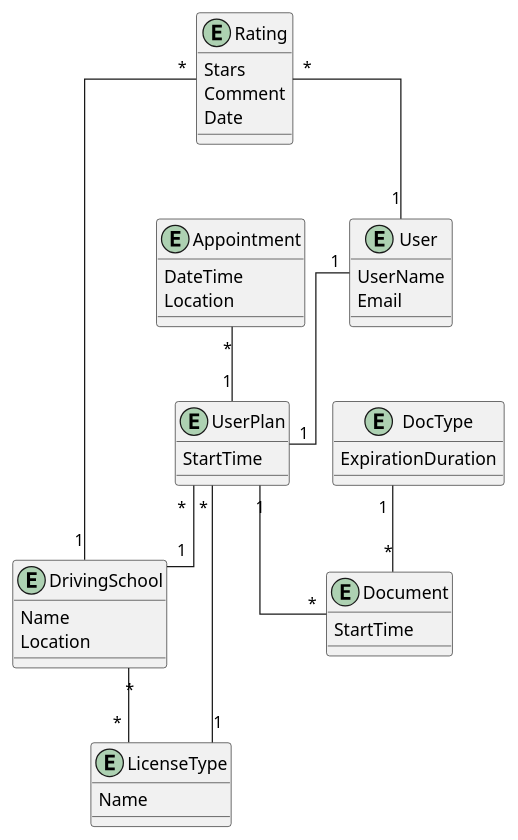
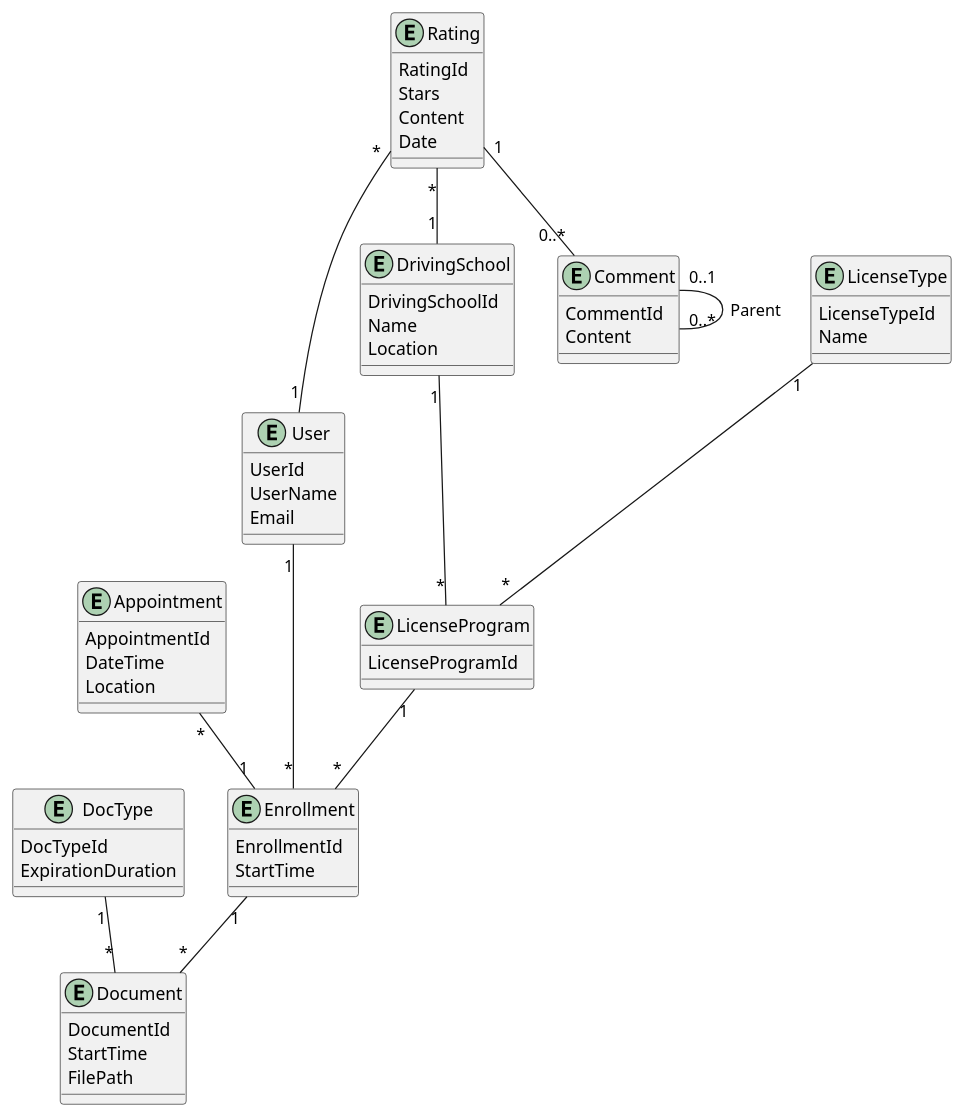
The diagram in asciidocs/docs/db-structure.adoc (2526-wmc-3bhif-classroom-org/sommerprojekt-wmc-summer-project-brunner-mostbauer-maric), drawn with PlantUML before and after one commit.

Commit message:
updated db structure

```diff
--- a/asciidocs/docs/db-structure.adoc
+++ b/asciidocs/docs/db-structure.adoc
@@ -8,57 +8,75 @@
 [plantuml, db, png]
 ----
-@startuml
-skinparam linetype ortho
-
 entity User{
-UserName
-Email
+  UserId
+  UserName
+  Email
 }
 
 entity DrivingSchool{
-Name
-Location
+  DrivingSchoolId
+  Name
+  Location
 }
 
 entity Document{
-StartTime
+  DocumentId
+  StartTime
+  FilePath
 }
 
 entity DocType{
-ExpirationDuration
+  DocTypeId
+  ExpirationDuration
 }
 
 entity Appointment{
-DateTime
-Location
+  AppointmentId
+  DateTime
+  Location
 }
 
 entity LicenseType{
-Name
+  LicenseTypeId
+  Name
 }
 
-entity UserPlan{
-StartTime
+entity Enrollment{
+  EnrollmentId
+  StartTime
 }
 
 entity Rating{
+    RatingId
     Stars
-    Comment
+    Content
     Date
 }
 
-UserPlan "*" -- "1" DrivingSchool
-UserPlan "1" -- "*" Document
+entity Comment{
+  CommentId
+  Content
+}
+
+entity LicenseProgram {
+  LicenseProgramId
+}
+
+
+Rating "1" -- "0..*" Comment
+Comment "0..1" -- "0..*" Comment : Parent
+
+Enrollment "1" -- "*" Document
 DocType "1" -- "*" Document
-Appointment "*" -- "1" UserPlan
-DrivingSchool "*" -- "*" LicenseType
-User "1" -- "1" UserPlan
-LicenseType "1" -- "*" UserPlan
-
+Appointment "*" -- "1" Enrollment
+DrivingSchool "1" -- "*" LicenseProgram
+User "1" -- "*" Enrollment
+LicenseProgram "1" -- "*" Enrollment
+LicenseType "1" -- "*" LicenseProgram
 Rating "*" -- "1" User
 Rating "*" -- "1" DrivingSchool
 
 @enduml
 
 Authentication for users not yet planned.
 ----
```
